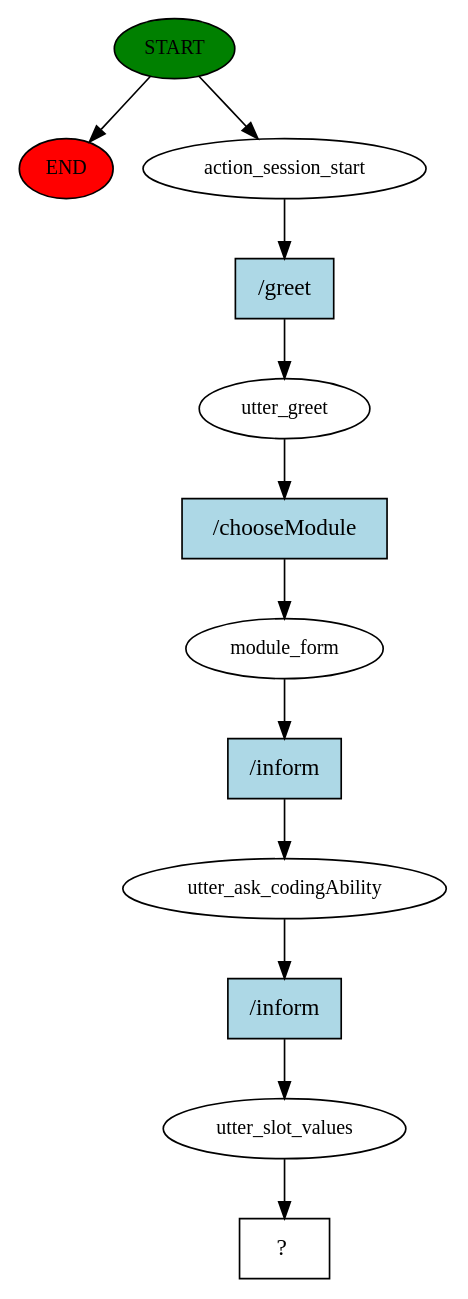
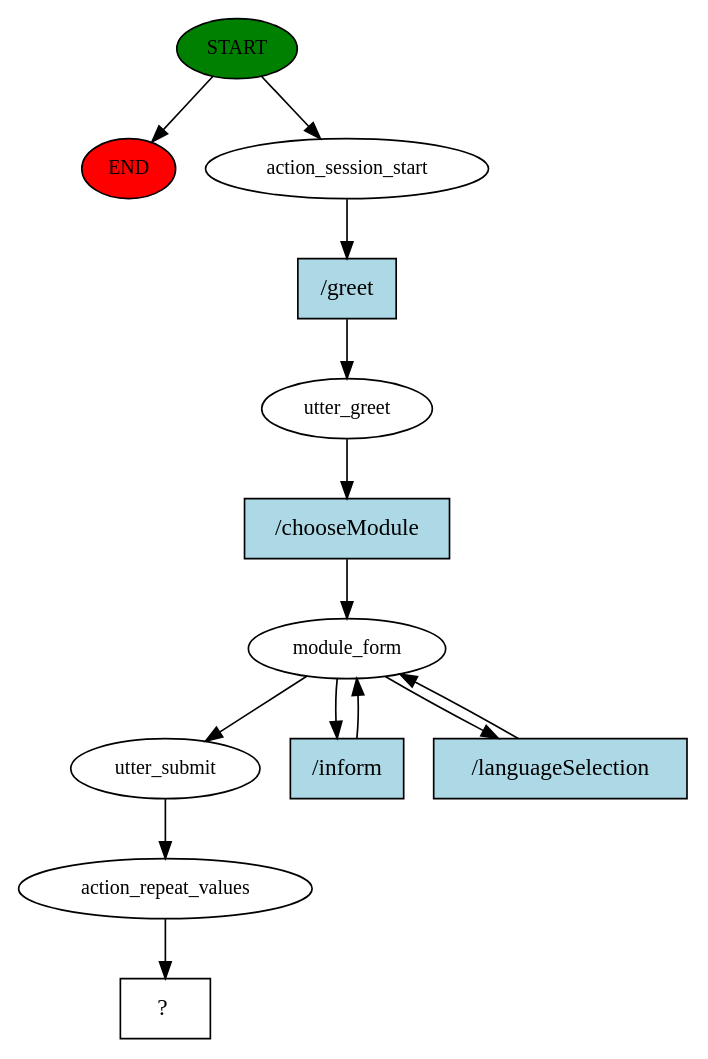
The diagram in story_graph.dot (lewisstevenmackenzie/Dissertation1), drawn with Graphviz before and after one commit. The commit also changed 698 other files, not shown here.

```diff
--- a/story_graph.dot
+++ b/story_graph.dot
@@ -1,25 +1,27 @@
 digraph  {
 0 [class="start active", fillcolor=green, fontsize=12, label=START, style=filled];
 "-1" [class=end, fillcolor=red, fontsize=12, label=END, style=filled];
 1 [class=active, fontsize=12, label=action_session_start];
 2 [class=active, fontsize=12, label=utter_greet];
 3 [class=active, fontsize=12, label=module_form];
-4 [class=active, fontsize=12, label=utter_ask_codingAbility];
-5 [class=active, fontsize=12, label=utter_slot_values];
-6 [class="intent dashed active", label="  ?  ", shape=rect];
-7 [class="intent active", fillcolor=lightblue, label="/greet", shape=rect, style=filled];
-8 [class="intent active", fillcolor=lightblue, label="/chooseModule", shape=rect, style=filled];
-9 [class="intent active", fillcolor=lightblue, label="/inform", shape=rect, style=filled];
-10 [class="intent active", fillcolor=lightblue, label="/inform", shape=rect, style=filled];
+7 [class=active, fontsize=12, label=utter_submit];
+8 [class=active, fontsize=12, label=action_repeat_values];
+9 [class="intent dashed active", label="  ?  ", shape=rect];
+10 [class="intent active", fillcolor=lightblue, label="/greet", shape=rect, style=filled];
+11 [class="intent active", fillcolor=lightblue, label="/chooseModule", shape=rect, style=filled];
+12 [class="intent active", fillcolor=lightblue, label="/inform", shape=rect, style=filled];
+13 [class="intent active", fillcolor=lightblue, label="/languageSelection", shape=rect, style=filled];
 0 -> "-1"  [class="", key=NONE, label=""];
 0 -> 1  [class=active, key=NONE, label=""];
-1 -> 7  [class=active, key=0];
-2 -> 8  [class=active, key=0];
-3 -> 9  [class=active, key=0];
-4 -> 10  [class=active, key=0];
-5 -> 6  [class=active, key=NONE, label=""];
-7 -> 2  [class=active, key=0];
-8 -> 3  [class=active, key=0];
-9 -> 4  [class=active, key=0];
-10 -> 5  [class=active, key=0];
+1 -> 10  [class=active, key=0];
+2 -> 11  [class=active, key=0];
+3 -> 7  [class=active, key=NONE, label=""];
+3 -> 12  [class=active, key=0];
+3 -> 13  [class=active, key=0];
+7 -> 8  [class=active, key=NONE, label=""];
+8 -> 9  [class=active, key=NONE, label=""];
+10 -> 2  [class=active, key=0];
+11 -> 3  [class=active, key=0];
+12 -> 3  [class=active, key=0];
+13 -> 3  [class=active, key=0];
 }
```
